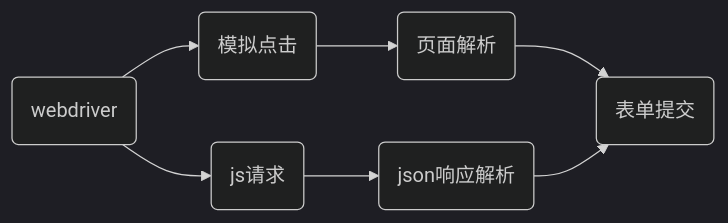
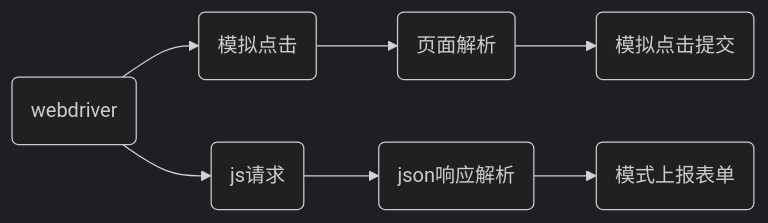
One commit to lg31415/Python-1 changed the first of 2 diagrams in Projects/labs/auto_dinner/README.md. Above: the diagram before and after it, drawn with Mermaid (dark theme). The commit also changed 5 other files, not shown here.

````diff
--- a/Projects/labs/auto_dinner/README.md
+++ b/Projects/labs/auto_dinner/README.md
@@ -16,10 +16,10 @@
 ```mermaid
 graph LR
 A(webdriver)-->B(模拟点击)
 B-->B1(页面解析)
-B1-->Z(表单提交)
+B1-->F(模拟点击提交)
 
 A-->C(js请求)
 C-->C1(json响应解析)
-C1-->Z
+C1-->Z(模式上报表单)
 ```
````
